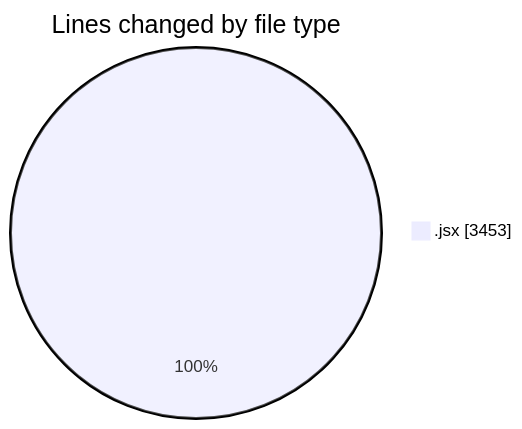
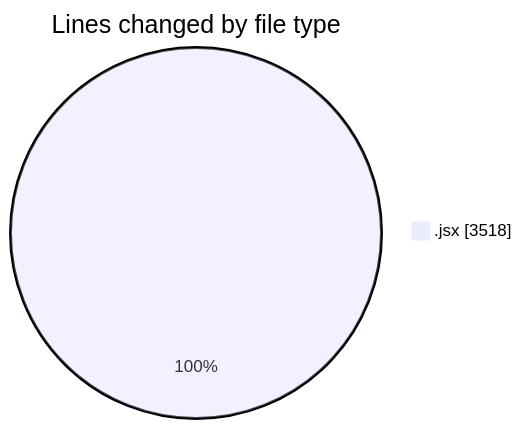
The first of 2 diagrams in 2025-12-07/nxtqube_webapp/README.md (nxtqubesakshisongat/code-tracking), drawn with Mermaid before and after one commit. The commit also changed other lines of this file and 1 other file, not shown here.

````diff
--- a/2025-12-07/nxtqube_webapp/README.md
+++ b/2025-12-07/nxtqube_webapp/README.md
@@ -21,5 +21,5 @@
 ```mermaid
 pie showData
 title Lines changed by file type
-".jsx" : 3453
+".jsx" : 3518
 ```
````
